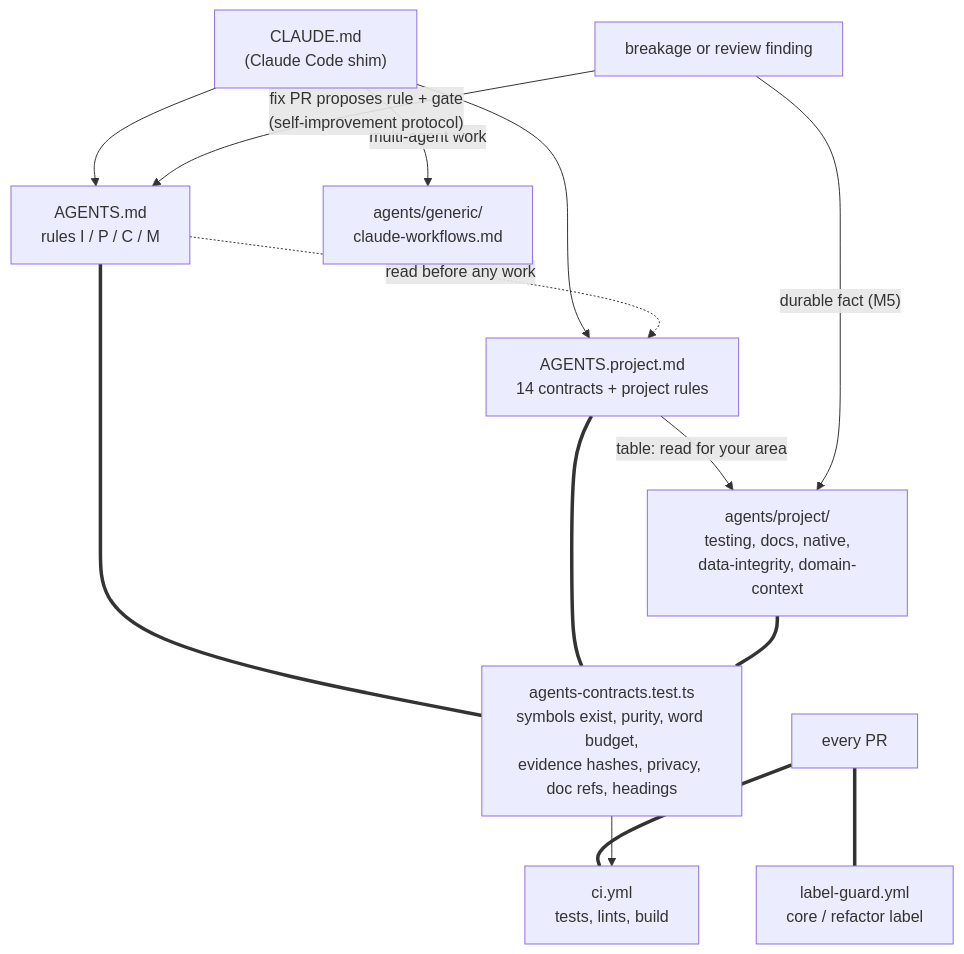
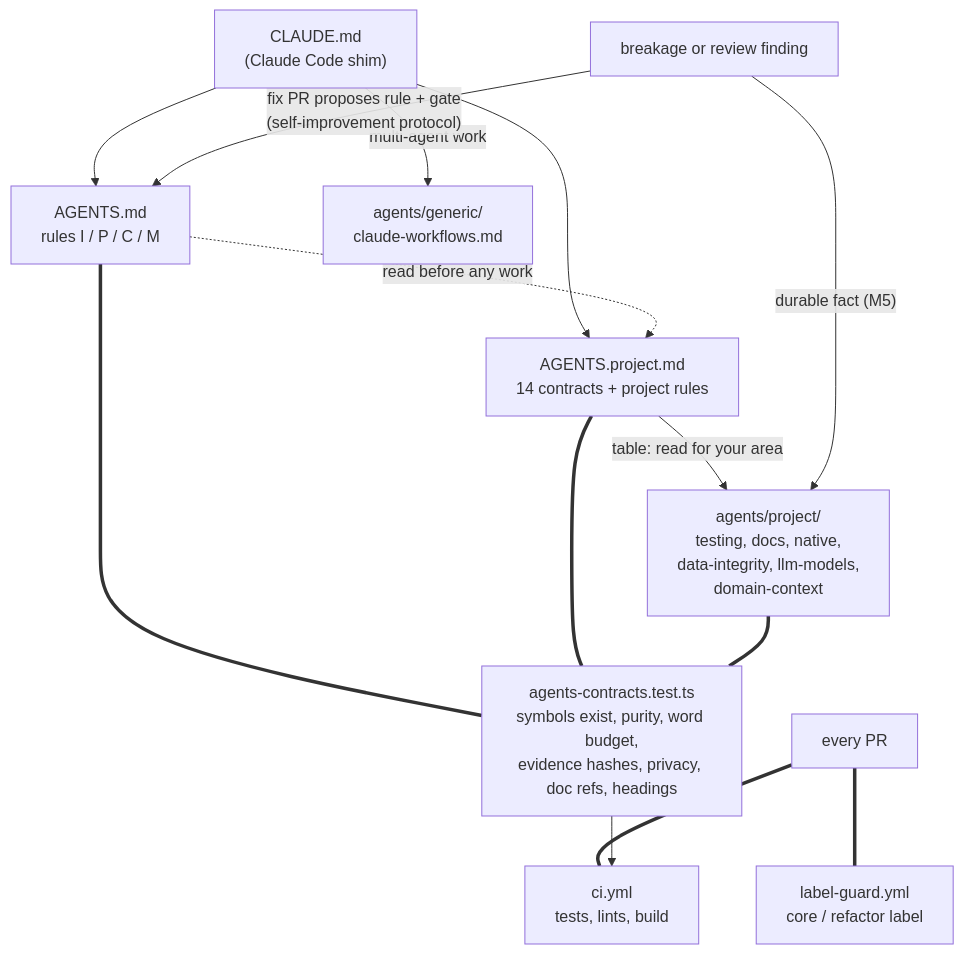
The diagram in docs/developer-guide/14-agent-development-model.rst (ZoneMinder/zmNinjaNG), drawn with Mermaid before and after one commit. The commit also changed other lines of this file, not shown here.

```diff
--- a/docs/developer-guide/14-agent-development-model.rst
+++ b/docs/developer-guide/14-agent-development-model.rst
@@ -204,16 +294,16 @@
 .. mermaid::
 
    graph TD
      CL["CLAUDE.md<br/>(Claude Code shim)"] --> AG["AGENTS.md<br/>rules I / P / C / M"]
      CL --> AP["AGENTS.project.md<br/>14 contracts + project rules"]
      AG -. "read before any work" .-> AP
-     AP -- "table: read for your area" --> PP["agents/project/<br/>testing, docs, native,<br/>data-integrity, domain-context"]
+     AP -- "table: read for your area" --> PP["agents/project/<br/>testing, docs, native,<br/>data-integrity, llm-models,<br/>domain-context"]
      CL -- "multi-agent work" --> GP["agents/generic/<br/>claude-workflows.md"]
      AG === GATE["agents-contracts.test.ts<br/>symbols exist, purity, word budget,<br/>evidence hashes, privacy, doc refs, headings"]
      AP === GATE
      PP === GATE
      PR["every PR"] === LG["label-guard.yml<br/>core / refactor label"]
      PR === CI["ci.yml<br/>tests, lints, build"]
      GATE --> CI
      FAIL["breakage or review finding"] -- "fix PR proposes rule + gate<br/>(self-improvement protocol)" --> AG
      FAIL -- "durable fact (M5)" --> PP
```
